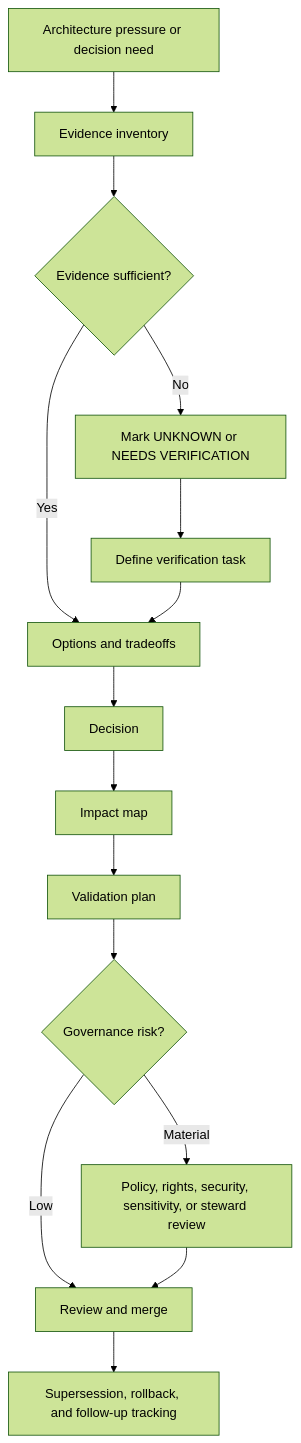
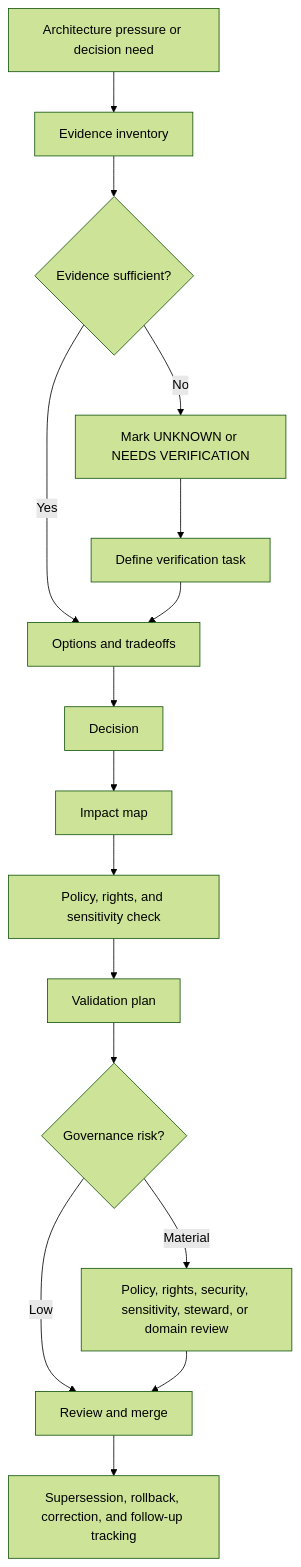
Before and after one commit to bartytime4life/Kansas-Frontier-Matrix: the diagram in docs/adr/ADR-TEMPLATE.md, drawn with Mermaid (forest theme). The commit also changed other lines of this file, not shown here.

````diff
--- a/docs/adr/ADR-TEMPLATE.md
+++ b/docs/adr/ADR-TEMPLATE.md
@@ -100,17 +129,18 @@
 ```mermaid
 flowchart TD
   A[Architecture pressure or decision need] --> B[Evidence inventory]
   B --> C{Evidence sufficient?}
   C -->|No| D[Mark UNKNOWN or NEEDS VERIFICATION]
   D --> E[Define verification task]
   C -->|Yes| F[Options and tradeoffs]
   E --> F
   F --> G[Decision]
   G --> H[Impact map]
-  H --> I[Validation plan]
-  I --> J{Governance risk?}
-  J -->|Low| K[Review and merge]
-  J -->|Material| L[Policy, rights, security, sensitivity, or steward review]
-  L --> K
-  K --> M[Supersession, rollback, and follow-up tracking]
+  H --> I[Policy, rights, and sensitivity check]
+  I --> J[Validation plan]
+  J --> K{Governance risk?}
+  K -->|Low| L[Review and merge]
+  K -->|Material| M[Policy, rights, security, sensitivity, steward, or domain review]
+  M --> L
+  L --> N[Supersession, rollback, correction, and follow-up tracking]
 ```
````
